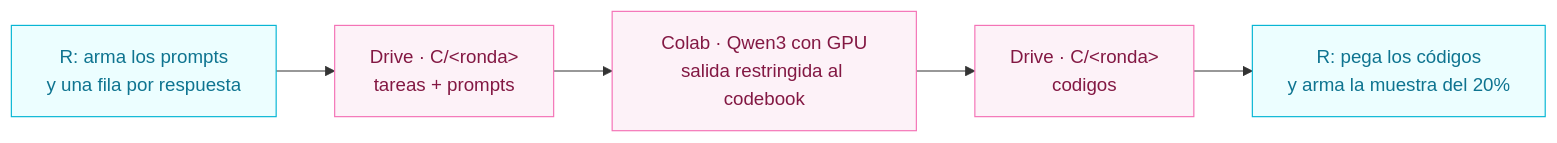
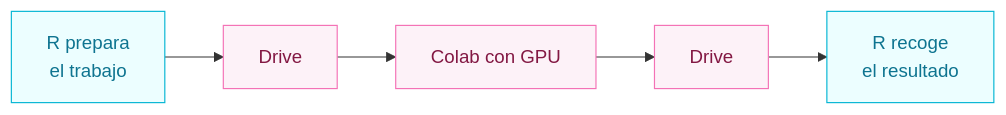
One commit to elinagomez/panel_IJD changed the second of 2 diagrams in README.md. Above: the diagram before and after it, drawn with Mermaid. The commit also changed other lines of this file and 1 other file, not shown here.

````diff
--- a/README.md
+++ b/README.md
@@ -157,13 +77,13 @@
 ```mermaid
 flowchart LR
   classDef proceso fill:#ECFEFF,stroke:#06B6D4,color:#0E7490;
   classDef externo fill:#FDF2F8,stroke:#F472B6,color:#831843;
 
-  R1["R: arma los prompts<br/>y una fila por respuesta"]:::proceso
-  D1["Drive · C/&lt;ronda&gt;<br/>tareas + prompts"]:::externo
-  CL["Colab · Qwen3 con GPU<br/>salida restringida al codebook"]:::externo
-  D2["Drive · C/&lt;ronda&gt;<br/>codigos"]:::externo
-  R2["R: pega los códigos<br/>y arma la muestra del 20%"]:::proceso
+  R1["R prepara<br/>el trabajo"]:::proceso
+  D1["Drive"]:::externo
+  CL["Colab con GPU"]:::externo
+  D2["Drive"]:::externo
+  R2["R recoge<br/>el resultado"]:::proceso
 
   R1 --> D1 --> CL --> D2 --> R2
 ```
````
